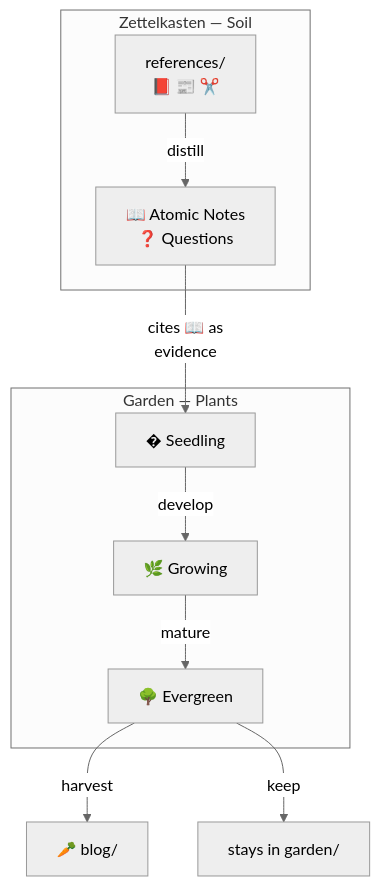
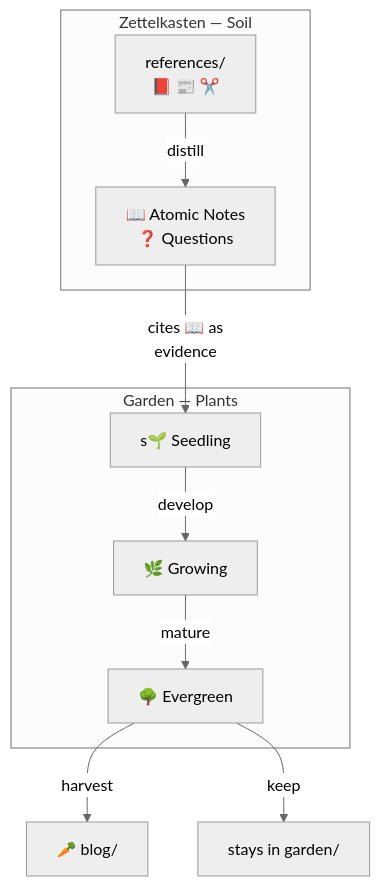
Before and after one commit to bgk0018/example-vault: the first of 2 diagrams in README.md, drawn with Mermaid (neutral theme). The commit also changed other lines of this file, not shown here.

First line of the commit message:
Add frontmatter to main README and fix typo in garden flowchart

````diff
--- a/README.md
+++ b/README.md
@@ -36,15 +46,15 @@
 ```mermaid
 flowchart TD
     subgraph Soil["Zettelkasten — Soil"]
         R["references/<br>📕 📰 ✂️"] -->|distill| Z["📖 Atomic Notes<br>❓ Questions"]
     end
     subgraph Plants["Garden — Plants"]
-        Z -->|"cites 📖 as<br>evidence"| S["� Seedling"]
+        Z -->|"cites 📖 as<br>evidence"| S["s🌱 Seedling"]
         S -->|develop| G["🌿 Growing"]
         G -->|mature| E["🌳 Evergreen"]
     end
     E -->|harvest| B["🥕 blog/"]
     E -->|keep| K["stays in garden/"]
     class S,G,E,K green-node
     class B orange-node
 ```
````
